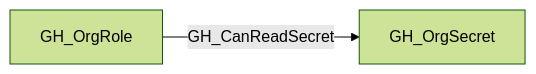
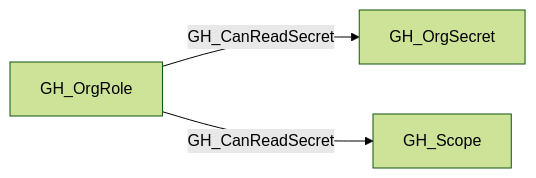
The first of 2 diagrams in docs/opengraph/extensions/github/edges/gh_canreadsecret.mdx (SpecterOps/bloodhound-docs), drawn with Mermaid (forest theme) before and after one commit. The commit also changed other lines of this file and 30 other files, not shown here.

Commit message:
chore: update openhound github reference for schema v1.4.0

````diff
--- a/docs/opengraph/extensions/github/edges/gh_canreadsecret.mdx
+++ b/docs/opengraph/extensions/github/edges/gh_canreadsecret.mdx
@@ -16,6 +17,8 @@
 ```mermaid
 flowchart LR
     GH_OrgRole["GH_OrgRole"]
     GH_OrgSecret["GH_OrgSecret"]
+    GH_Scope["GH_Scope"]
     GH_OrgRole -- GH_CanReadSecret --> GH_OrgSecret
+    GH_OrgRole -- GH_CanReadSecret --> GH_Scope
 ```
````
